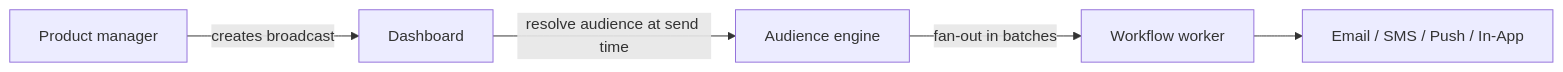
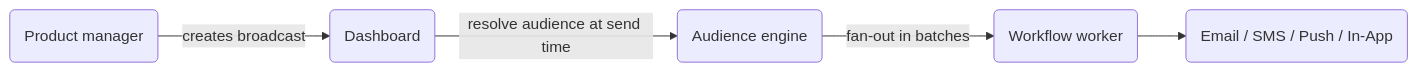
One commit to KriyanshKhunt/nexus_docs changed the diagram in content/docs/en/platform/features/broadcasts.mdx. Above: the diagram before and after it, drawn with Mermaid. The commit also changed 25 other files, not shown here.

Commit message:
Handle en Mermaid charts

````diff
--- a/content/docs/en/platform/features/broadcasts.mdx
+++ b/content/docs/en/platform/features/broadcasts.mdx
@@ -17,7 +17,7 @@
 ```mermaid
 flowchart LR
-  PM[Product manager] -->|creates broadcast| Dash[Dashboard]
-  Dash -->|resolve audience at send time| Aud[Audience engine]
-  Aud -->|fan-out in batches| Worker[Workflow worker]
-  Worker --> Ch[Email / SMS / Push / In-App]
+  PM(Product manager) -->|creates broadcast| Dash(Dashboard)
+  Dash -->|resolve audience at send time| Aud(Audience engine)
+  Aud -->|fan-out in batches| Worker(Workflow worker)
+  Worker --> Ch(Email / SMS / Push / In-App)
 ```
````
